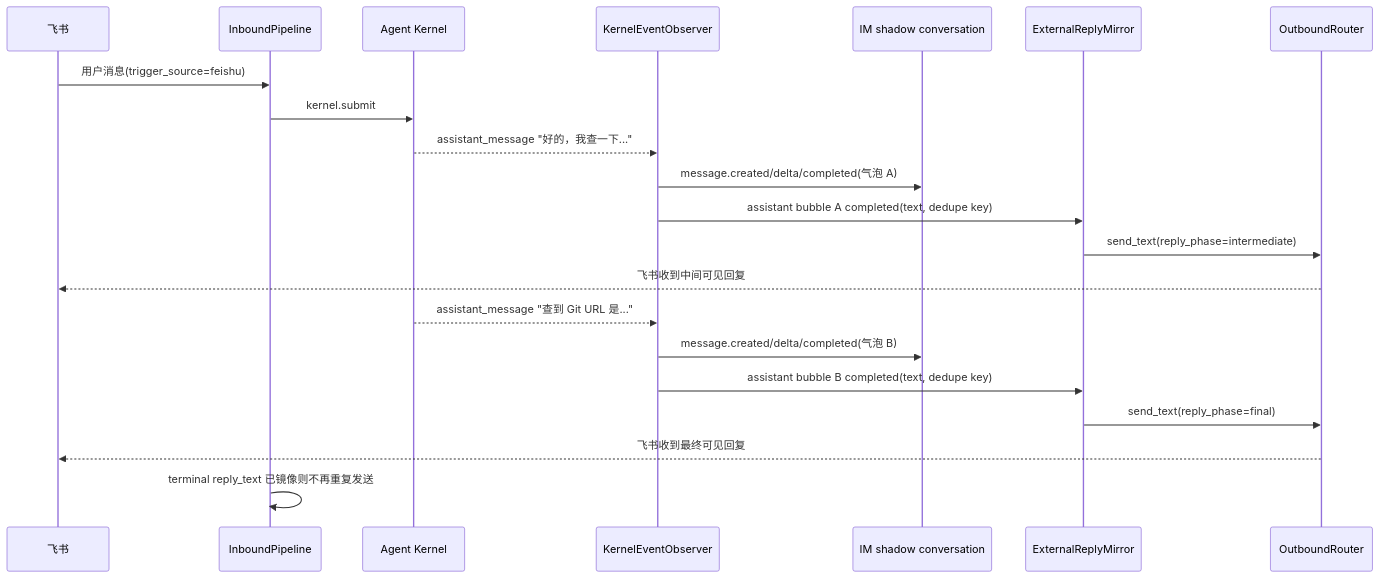
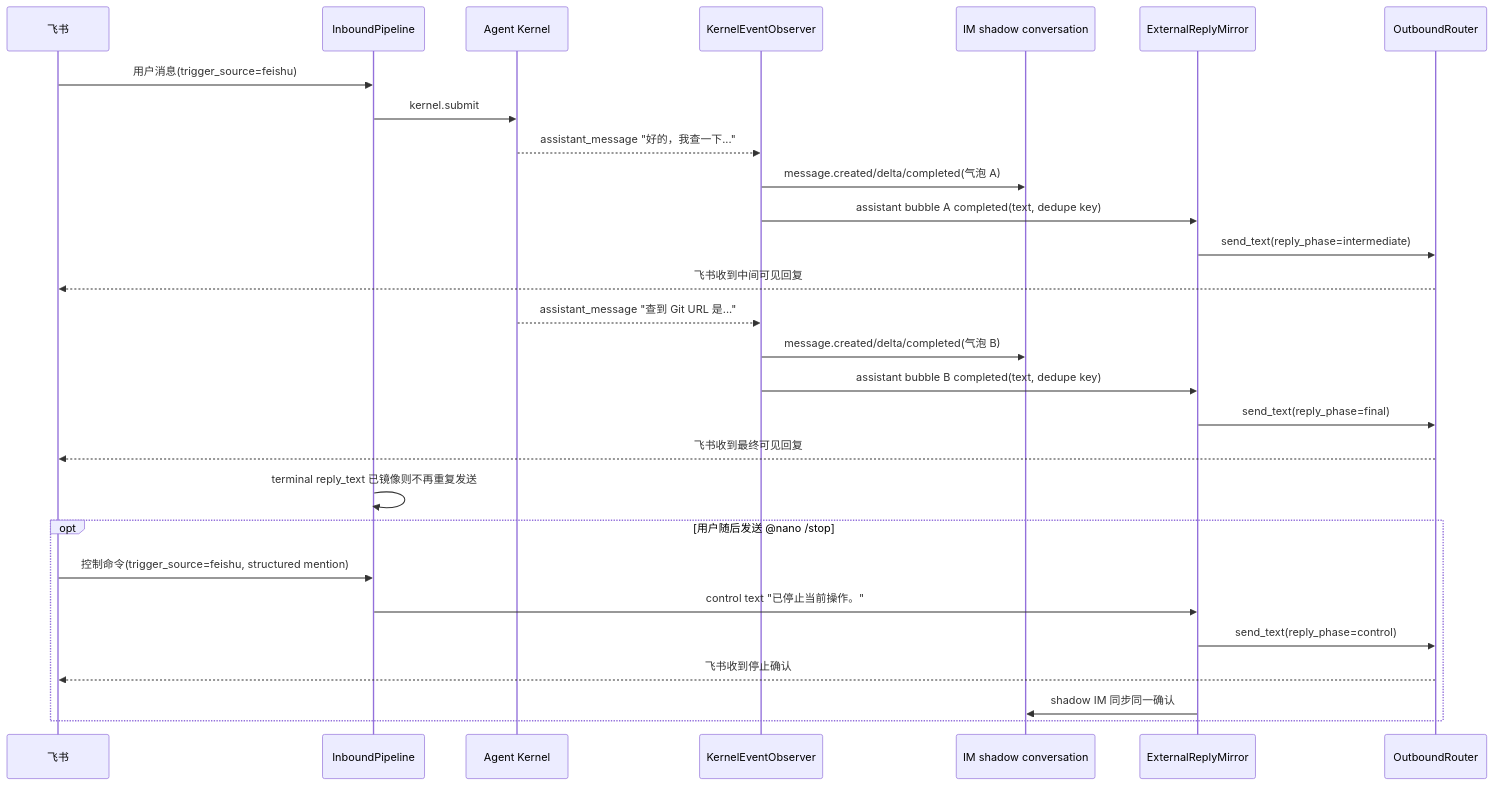
Before and after one commit to Mrchen116/nano-multiagent: the sixth of 7 diagrams in docs/changes/feat-447-feishu-channel/design.md, drawn with Mermaid. The commit also changed other lines of this file and 15 other files, not shown here.

````diff
--- a/docs/changes/feat-447-feishu-channel/design.md
+++ b/docs/changes/feat-447-feishu-channel/design.md
@@ -458,24 +464,31 @@
 ```mermaid
 sequenceDiagram
     participant FS as 飞书
     participant PIPE as InboundPipeline
     participant K as Agent Kernel
     participant OBS as KernelEventObserver
     participant IM as IM shadow conversation
     participant MIR as ExternalReplyMirror
     participant OUT as OutboundRouter
 
     FS->>PIPE: 用户消息(trigger_source=feishu)
     PIPE->>K: kernel.submit
     K-->>OBS: assistant_message "好的，我查一下..."
     OBS->>IM: message.created/delta/completed(气泡 A)
     OBS->>MIR: assistant bubble A completed(text, dedupe key)
     MIR->>OUT: send_text(reply_phase=intermediate)
     OUT-->>FS: 飞书收到中间可见回复
     K-->>OBS: assistant_message "查到 Git URL 是..."
     OBS->>IM: message.created/delta/completed(气泡 B)
     OBS->>MIR: assistant bubble B completed(text, dedupe key)
     MIR->>OUT: send_text(reply_phase=final)
     OUT-->>FS: 飞书收到最终可见回复
     PIPE->>PIPE: terminal reply_text 已镜像则不再重复发送
+    opt 用户随后发送 @nano /stop
+        FS->>PIPE: 控制命令(trigger_source=feishu, structured mention)
+        PIPE->>MIR: control text "已停止当前操作。"
+        MIR->>OUT: send_text(reply_phase=control)
+        OUT-->>FS: 飞书收到停止确认
+        MIR->>IM: shadow IM 同步同一确认
+    end
 ```
````
